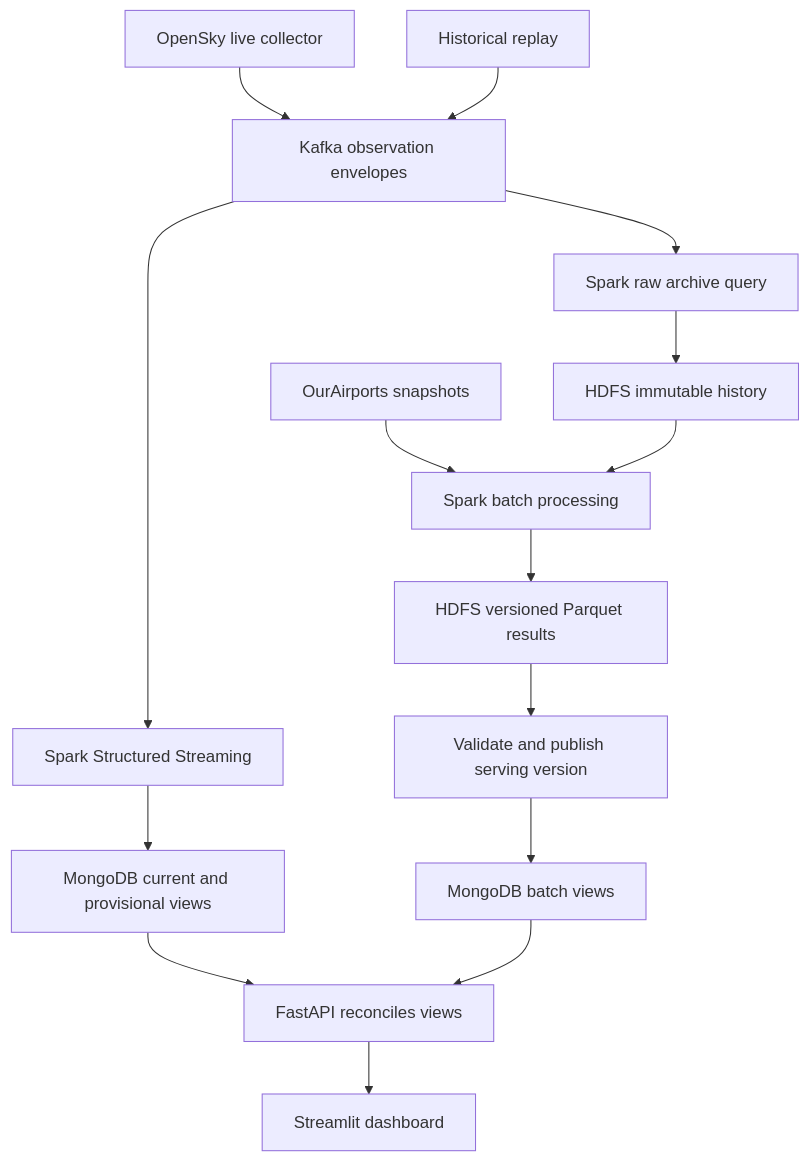
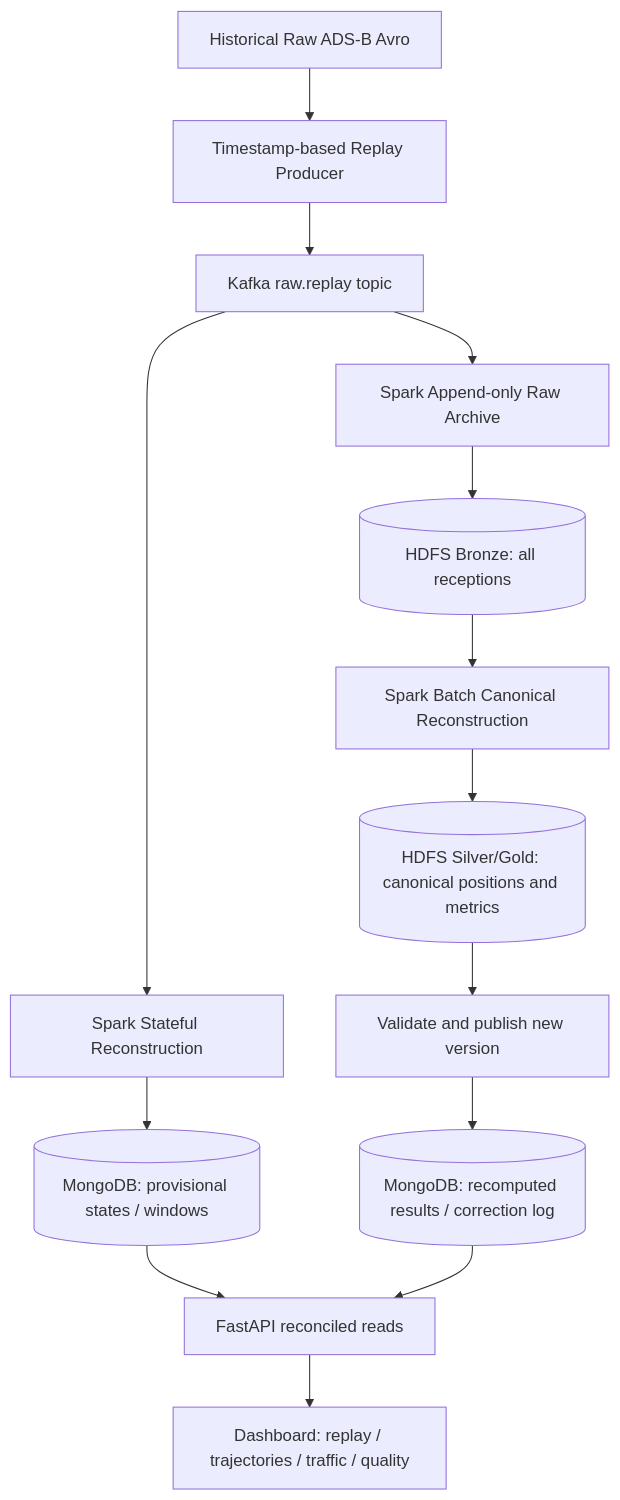
The diagram in docs/plan.md (brianminhle/BigData_20261), drawn with Mermaid before and after one commit. The commit also changed other lines of this file and 47 other files, not shown here.

Commit message:
Add raw ADS-B ingestion

````diff
--- a/docs/plan.md
+++ b/docs/plan.md
@@ -330,17 +73,16 @@
 ```mermaid
 flowchart TD
-    LIVE[OpenSky live collector] --> K[Kafka observation envelopes]
-    REPLAY[Historical replay] --> K
-    K --> ARCHIVE[Spark raw archive query]
-    ARCHIVE --> RAW[HDFS immutable history]
-    K --> SPEED[Spark Structured Streaming]
-    SPEED --> HOT[MongoDB current and provisional views]
-    REF[OurAirports snapshots] --> BATCH[Spark batch processing]
-    RAW --> BATCH
-    BATCH --> GOLD[HDFS versioned Parquet results]
-    GOLD --> PUBLISH[Validate and publish serving version]
-    PUBLISH --> FINAL[MongoDB batch views]
-    HOT --> API[FastAPI reconciles views]
+    INPUT[Historical Raw ADS-B Avro] --> REPLAY[Timestamp-based Replay Producer]
+    REPLAY --> KAFKA[Kafka raw.replay topic]
+    KAFKA --> ARCHIVE[Spark Append-only Raw Archive]
+    ARCHIVE --> BRONZE[(HDFS Bronze: all receptions)]
+    KAFKA --> SPEED[Spark Stateful Reconstruction]
+    SPEED --> HOT[(MongoDB: provisional states / windows)]
+    BRONZE --> BATCH[Spark Batch Canonical Reconstruction]
+    BATCH --> GOLD[(HDFS Silver/Gold: canonical positions and metrics)]
+    GOLD --> PUB[Validate and publish new version]
+    PUB --> FINAL[(MongoDB: recomputed results / correction log)]
+    HOT --> API[FastAPI reconciled reads]
     FINAL --> API
-    API --> UI[Streamlit dashboard]
+    API --> UI[Dashboard: replay / trajectories / traffic / quality]
 ```
````
